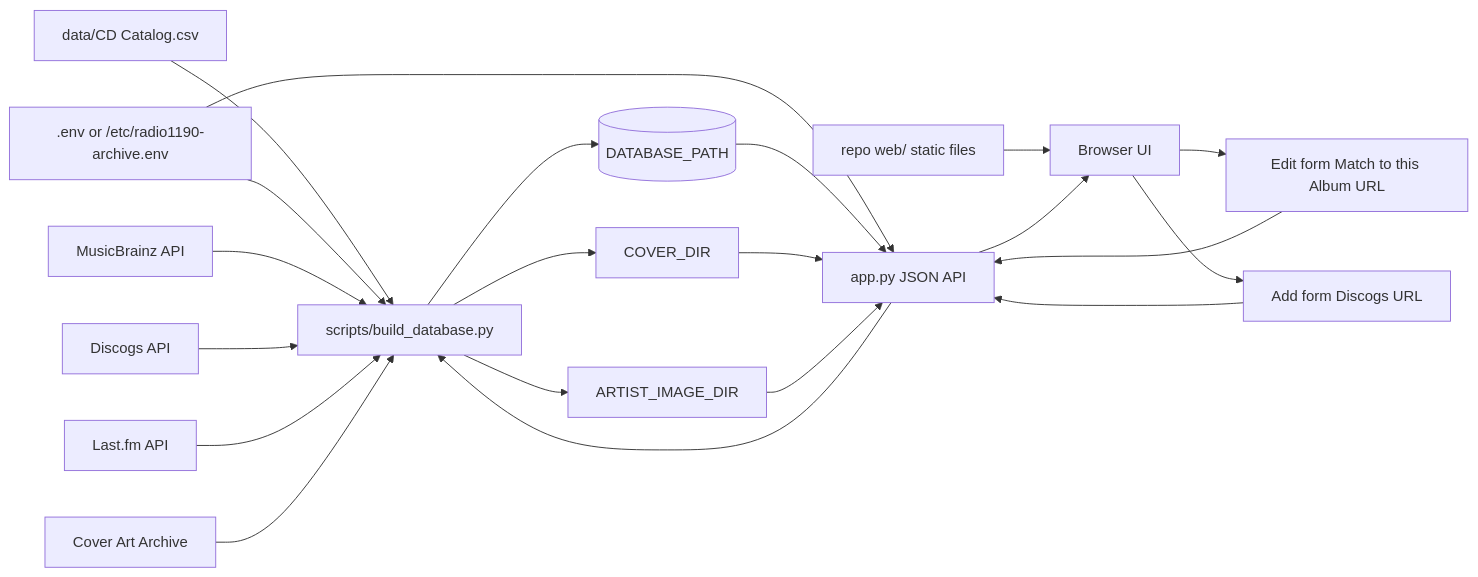
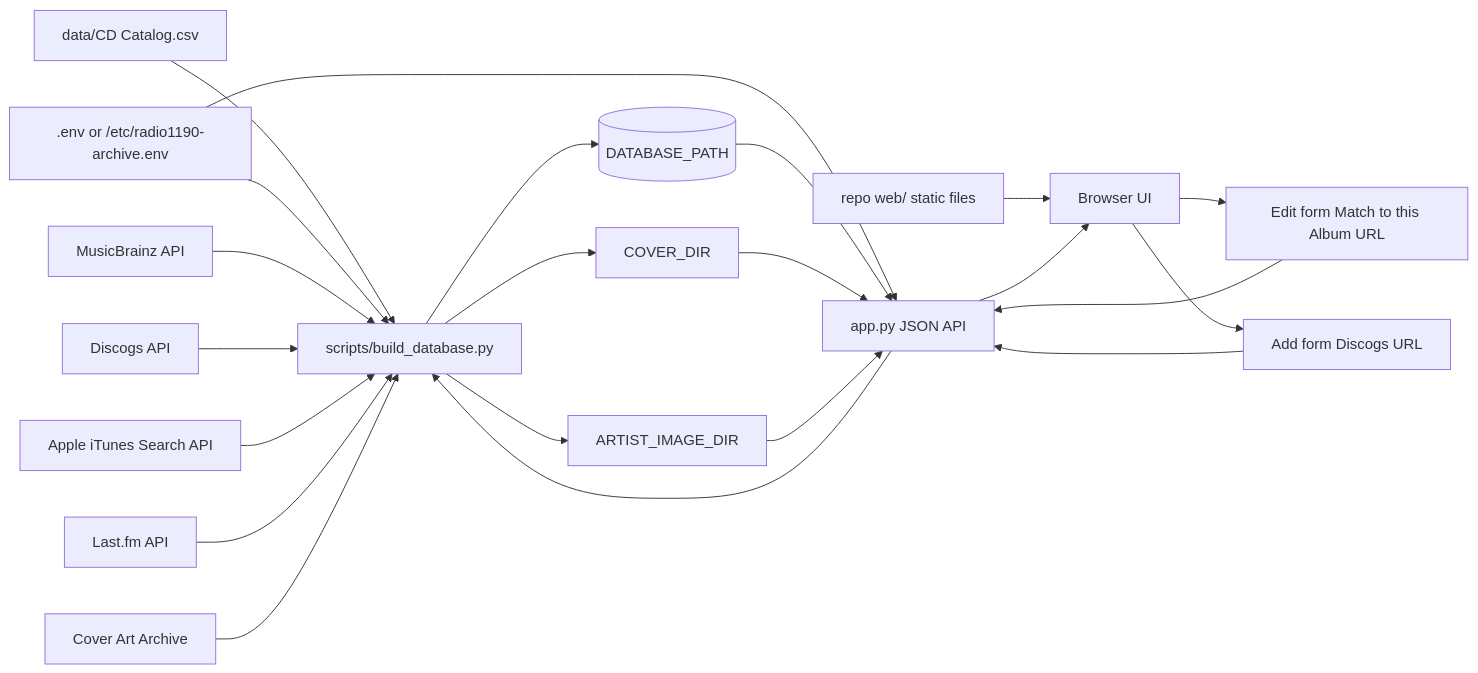
One commit to wirtes/cd-archive changed the second of 2 diagrams in README.md. Above: the diagram before and after it, drawn with Mermaid. The commit also changed other lines of this file and 4 other files, not shown here.

````diff
--- a/README.md
+++ b/README.md
@@ -510,27 +513,28 @@
 ```mermaid
 flowchart LR
     CSV["data/CD Catalog.csv"] --> Builder["scripts/build_database.py"]
     Env[".env or /etc/radio1190-archive.env"] --> Builder
     Env --> App["app.py JSON API"]
 
     Builder --> DB[("DATABASE_PATH")]
     Builder --> Covers["COVER_DIR"]
     Builder --> ArtistImages["ARTIST_IMAGE_DIR"]
 
     MusicBrainz["MusicBrainz API"] --> Builder
     Discogs["Discogs API"] --> Builder
+    Apple["Apple iTunes Search API"] --> Builder
     LastFM["Last.fm API"] --> Builder
     CoverArchive["Cover Art Archive"] --> Builder
 
     DB --> App
     Covers --> App
     ArtistImages --> App
     Web["repo web/ static files"] --> Browser["Browser UI"]
     App --> Browser
 
     Browser --> ManualURL["Edit form Match to this Album URL"]
     Browser --> AddDiscogs["Add form Discogs URL"]
     ManualURL --> App
     AddDiscogs --> App
     App --> Builder
 ```
````
